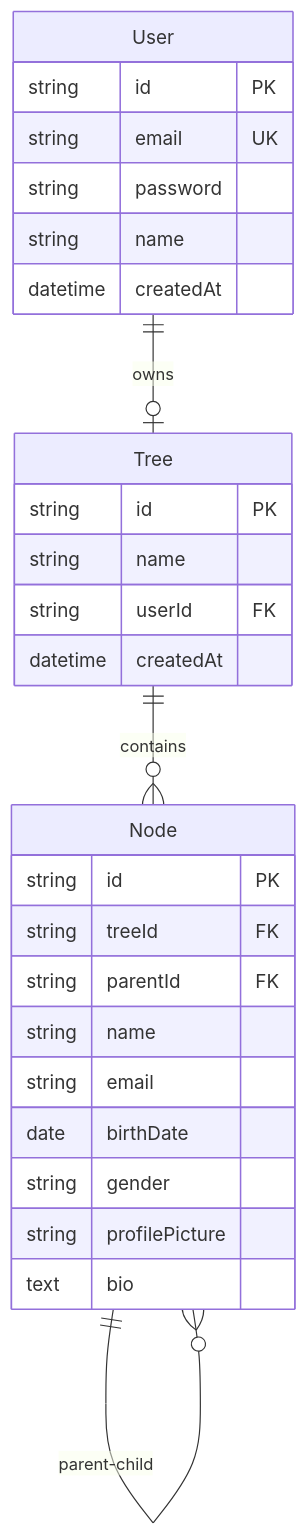
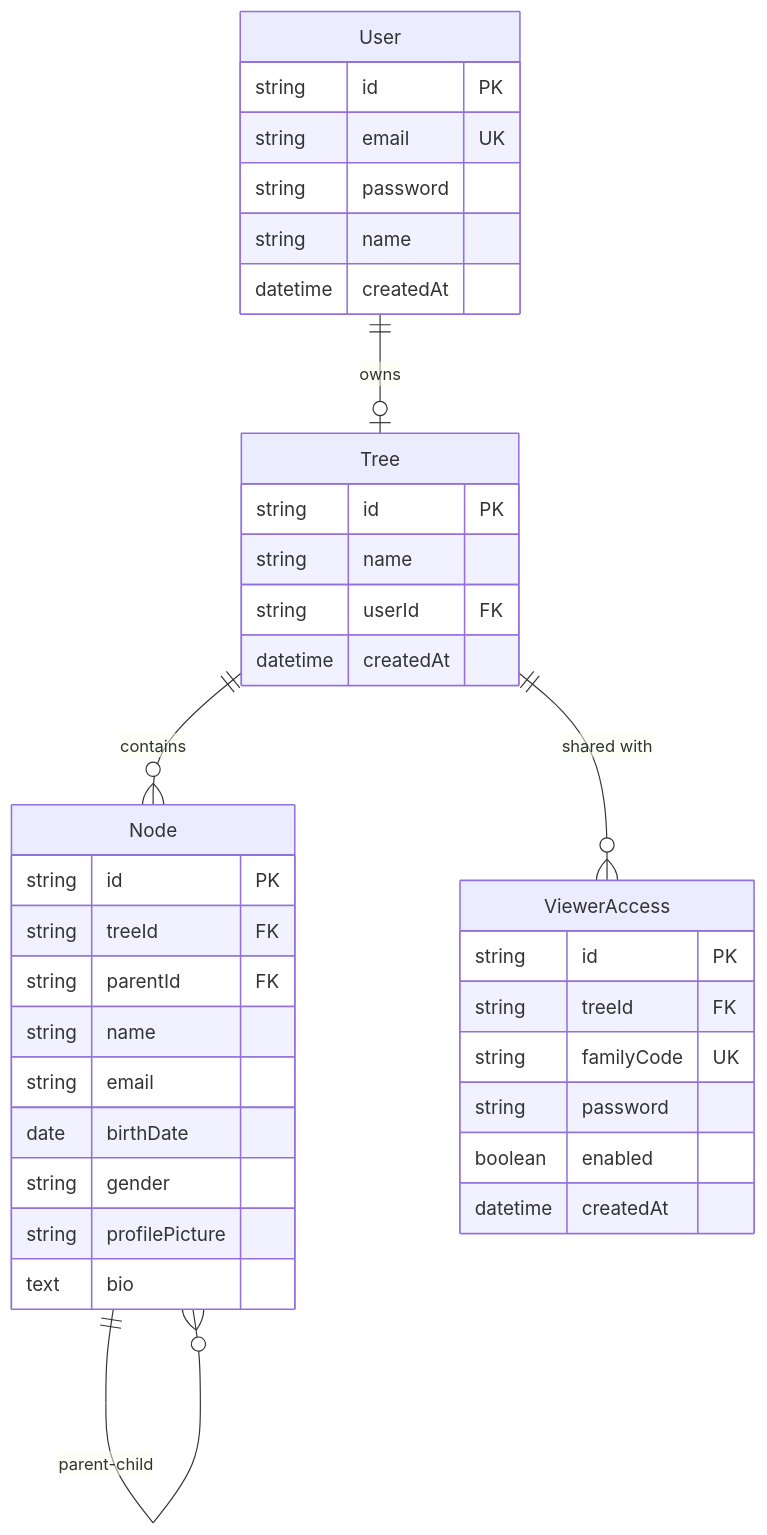
Before and after one commit to vkotiyal/meruvansh: the diagram in README.md, drawn with Mermaid. The commit also changed other lines of this file and 18 other files, not shown here.

````diff
--- a/README.md
+++ b/README.md
@@ -236,33 +285,43 @@
 ```mermaid
 erDiagram
     User ||--o| Tree : owns
     Tree ||--o{ Node : contains
+    Tree ||--o{ ViewerAccess : "shared with"
     Node ||--o{ Node : parent-child
 
     User {
         string id PK
         string email UK
         string password
         string name
         datetime createdAt
     }
 
     Tree {
         string id PK
         string name
         string userId FK
         datetime createdAt
     }
 
     Node {
         string id PK
         string treeId FK
         string parentId FK
         string name
         string email
         date birthDate
         string gender
         string profilePicture
         text bio
     }
+
+    ViewerAccess {
+        string id PK
+        string treeId FK
+        string familyCode UK
+        string password
+        boolean enabled
+        datetime createdAt
+    }
 ```
````
